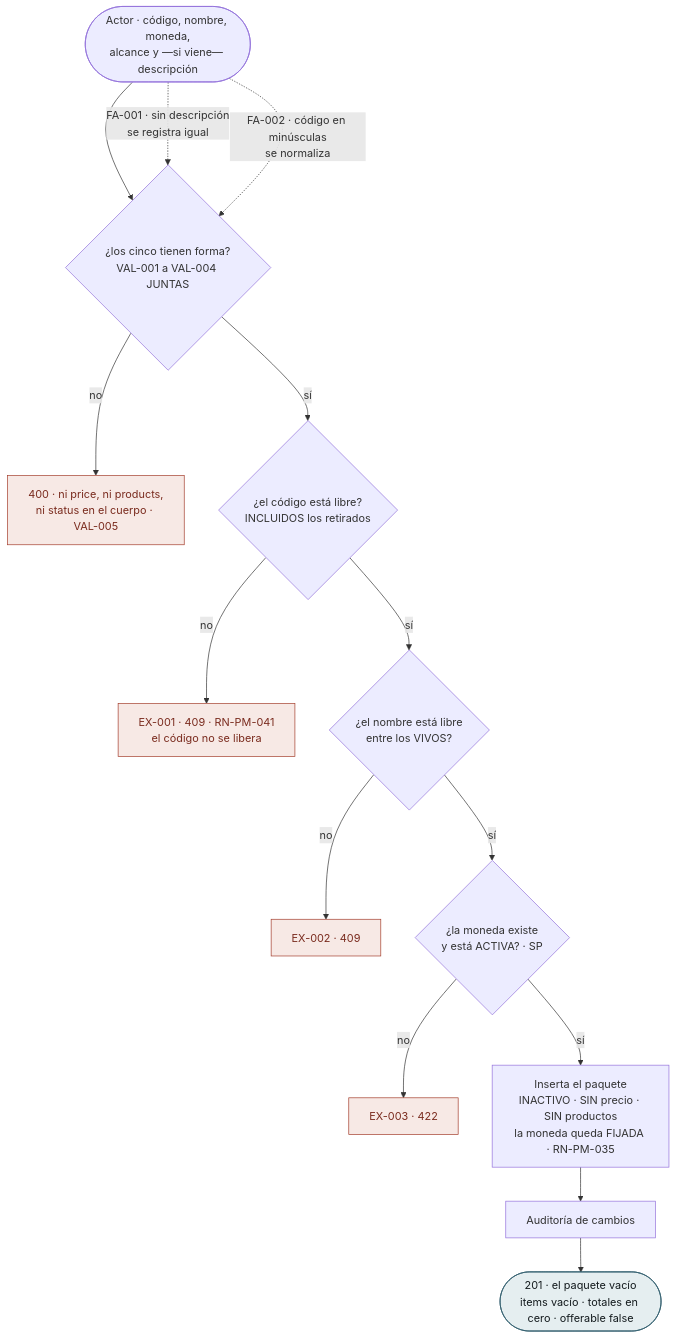
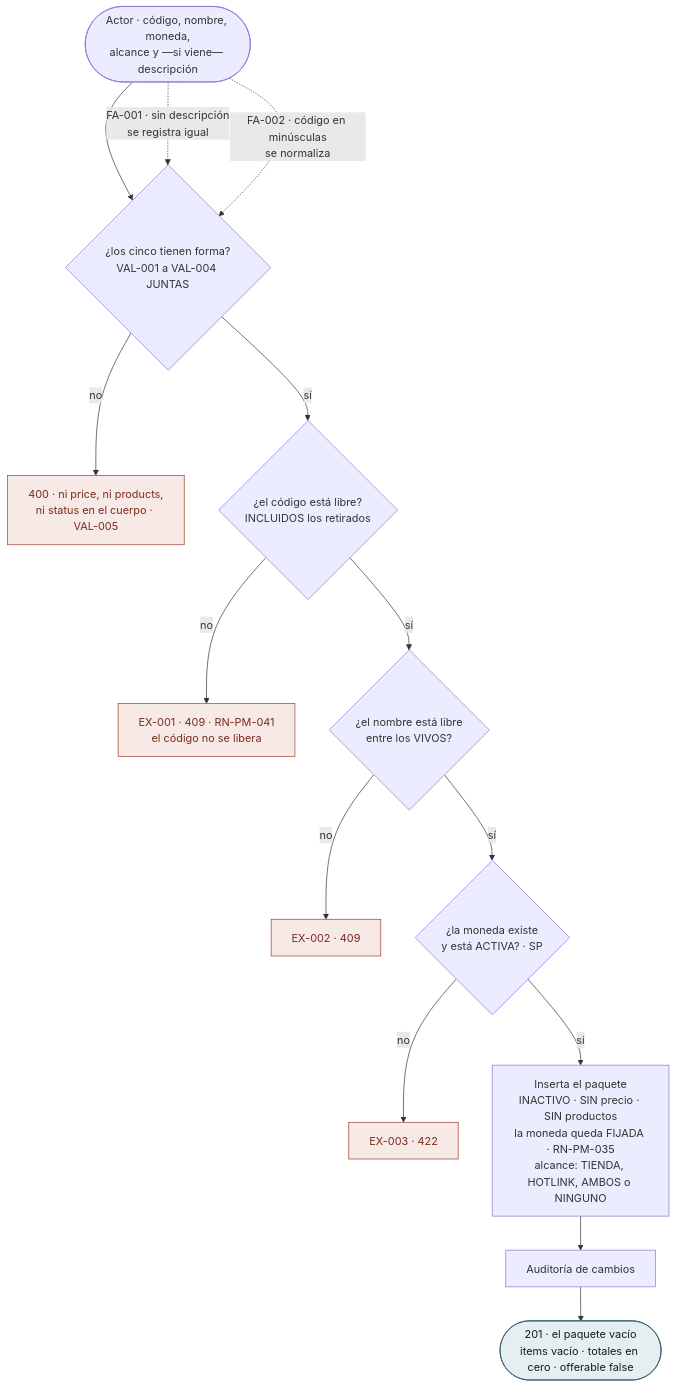
Before and after one commit to NexusPro-Dev/backend: the eighth of 18 diagrams in docs/flujos/pm/flujos-por-caso.md, drawn with Mermaid. The commit also changed other lines of this file and 31 other files, not shown here.

````diff
--- a/docs/flujos/pm/flujos-por-caso.md
+++ b/docs/flujos/pm/flujos-por-caso.md
@@ -288,22 +288,22 @@
 ```mermaid
 flowchart TD
     A(["Actor · código, nombre, moneda,<br/>alcance y —si viene— descripción"])
     A --> V0{"¿los cinco tienen forma?<br/>VAL-001 a VAL-004 JUNTAS"}
     V0 -->|no| E0["400 · ni price, ni products,<br/>ni status en el cuerpo · VAL-005"]
     V0 -->|sí| V1{"¿el código está libre?<br/>INCLUIDOS los retirados"}
     V1 -->|no| E1["EX-001 · 409 · RN-PM-041<br/>el código no se libera"]
     V1 -->|sí| V2{"¿el nombre está libre<br/>entre los VIVOS?"}
     V2 -->|no| E2["EX-002 · 409"]
     V2 -->|sí| V3{"¿la moneda existe<br/>y está ACTIVA? · SP"}
     V3 -->|no| E3["EX-003 · 422"]
-    V3 -->|sí| P1["Inserta el paquete<br/>INACTIVO · SIN precio · SIN productos<br/>la moneda queda FIJADA · RN-PM-035"]
+    V3 -->|sí| P1["Inserta el paquete<br/>INACTIVO · SIN precio · SIN productos<br/>la moneda queda FIJADA · RN-PM-035<br/>alcance: TIENDA, HOTLINK, AMBOS o NINGUNO"]
     P1 --> P2["Auditoría de cambios"]
     P2 --> FIN(["201 · el paquete vacío<br/>items vacío · totales en cero · offerable false"])
     A -.->|"FA-001 · sin descripción<br/>se registra igual"| V0
     A -.->|"FA-002 · código en minúsculas<br/>se normaliza"| V0
 
     classDef ex fill:#F7E9E5,stroke:#A33B2A,color:#7A2B1E
     classDef ok fill:#E5EEF0,stroke:#2D5A6B,color:#141B1E
     class E0,E1,E2,E3 ex
     class FIN ok
 ```
````
